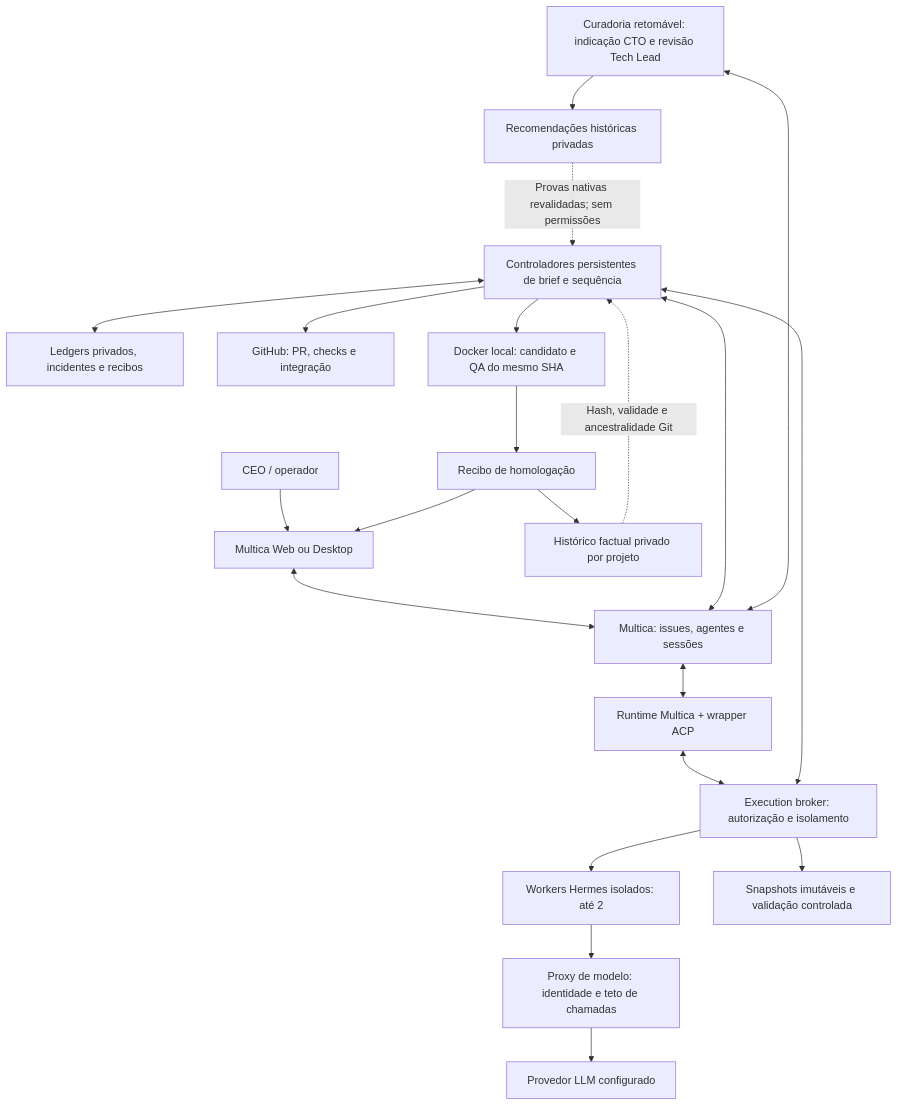
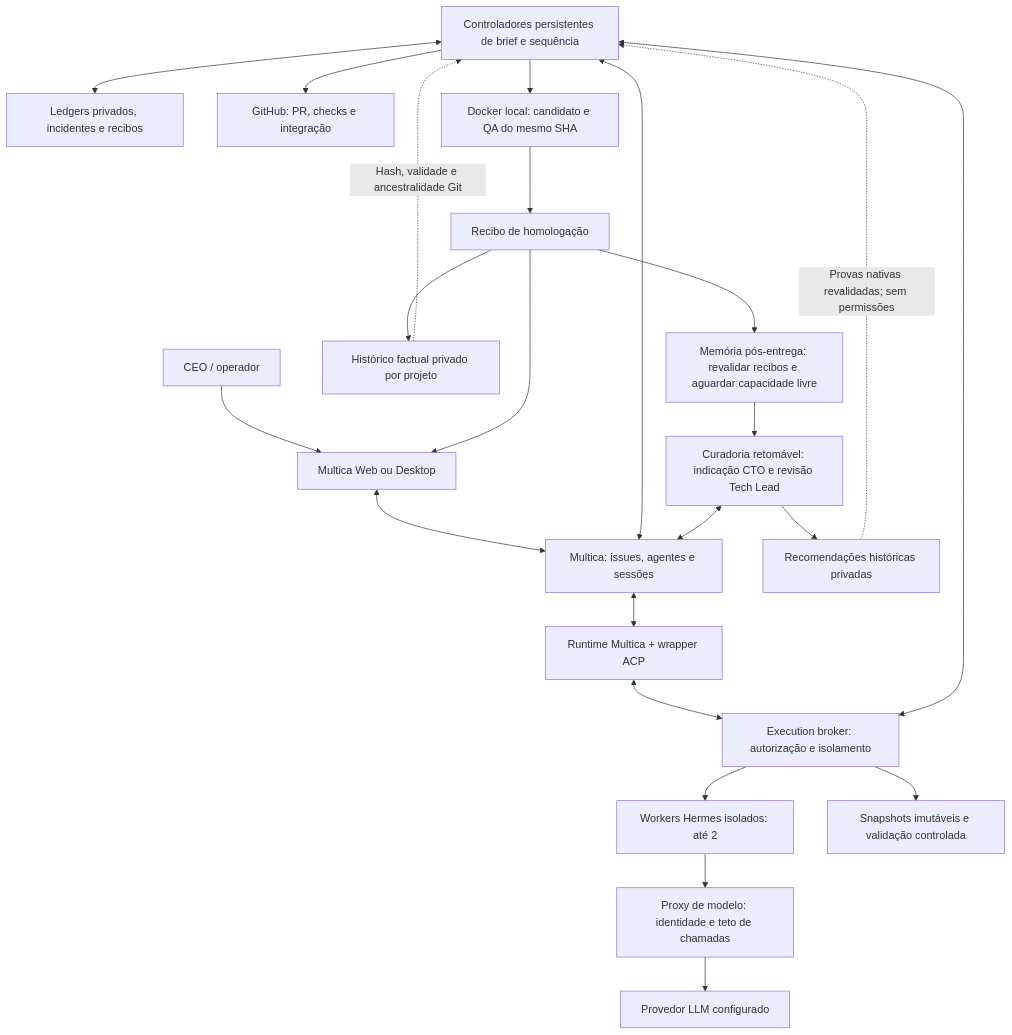
Before and after one commit to codifydeep/fabriquinha: the first of 3 diagrams in README.md, drawn with Mermaid. The commit also changed other lines of this file and 6 other files, not shown here.

````diff
--- a/README.md
+++ b/README.md
@@ -170,23 +180,25 @@
 ```mermaid
 flowchart TB
     CEO[CEO / operador] --> UI[Multica Web ou Desktop]
     UI <--> MC[Multica: issues, agentes e sessões]
     MC <--> RT[Runtime Multica + wrapper ACP]
     RT <--> B[Execution broker: autorização e isolamento]
     S[Controladores persistentes de brief e sequência] <--> MC
     S <--> B
     S <--> L[Ledgers privados, incidentes e recibos]
     B --> W[Workers Hermes isolados: até 2]
     W --> P[Proxy de modelo: identidade e teto de chamadas]
     P --> M[Provedor LLM configurado]
     B --> E[Snapshots imutáveis e validação controlada]
     S --> GH[GitHub: PR, checks e integração]
     S --> QA[Docker local: candidato e QA do mesmo SHA]
     QA --> R[Recibo de homologação]
     R --> UI
     R --> HF[Histórico factual privado por projeto]
     HF -.->|Hash, validade e ancestralidade Git| S
-    C[Curadoria retomável: indicação CTO e revisão Tech Lead] <--> MC
+    R --> MQ[Memória pós-entrega: revalidar recibos e aguardar capacidade livre]
+    MQ --> C[Curadoria retomável: indicação CTO e revisão Tech Lead]
+    C <--> MC
     C --> K[Recomendações históricas privadas]
     K -.->|Provas nativas revalidadas; sem permissões| S
 ```
````
